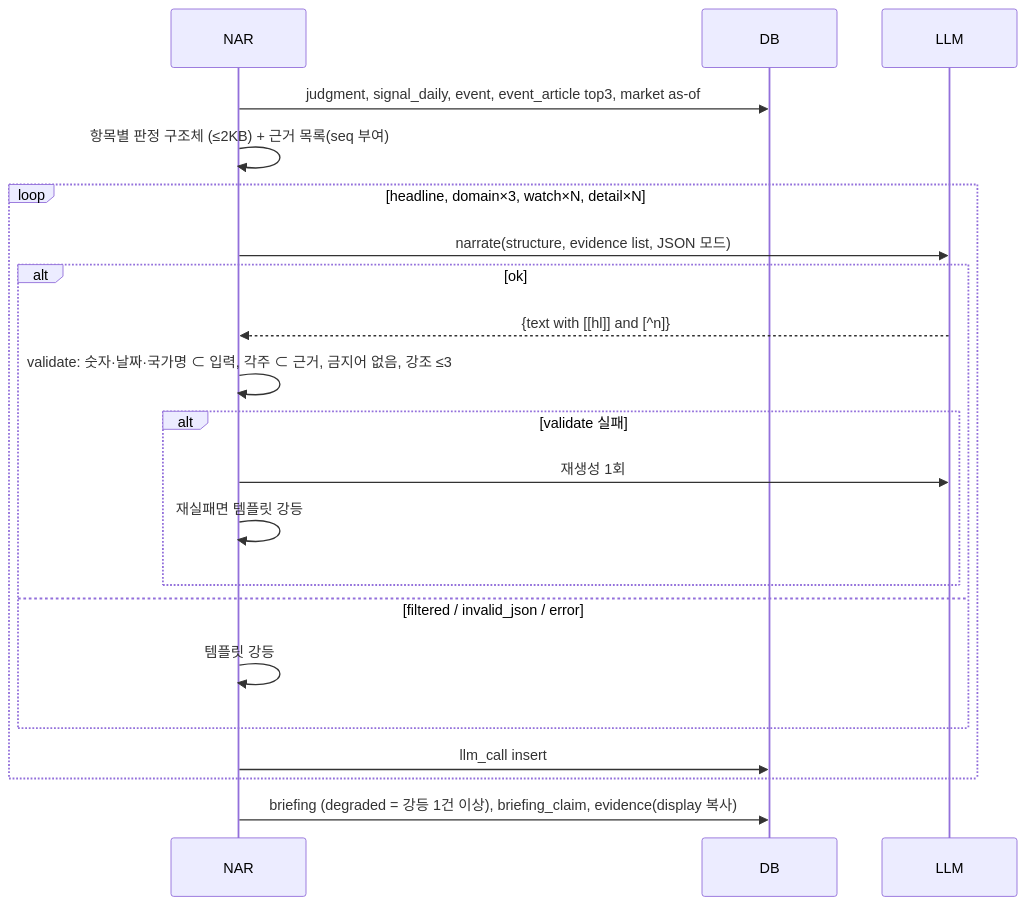
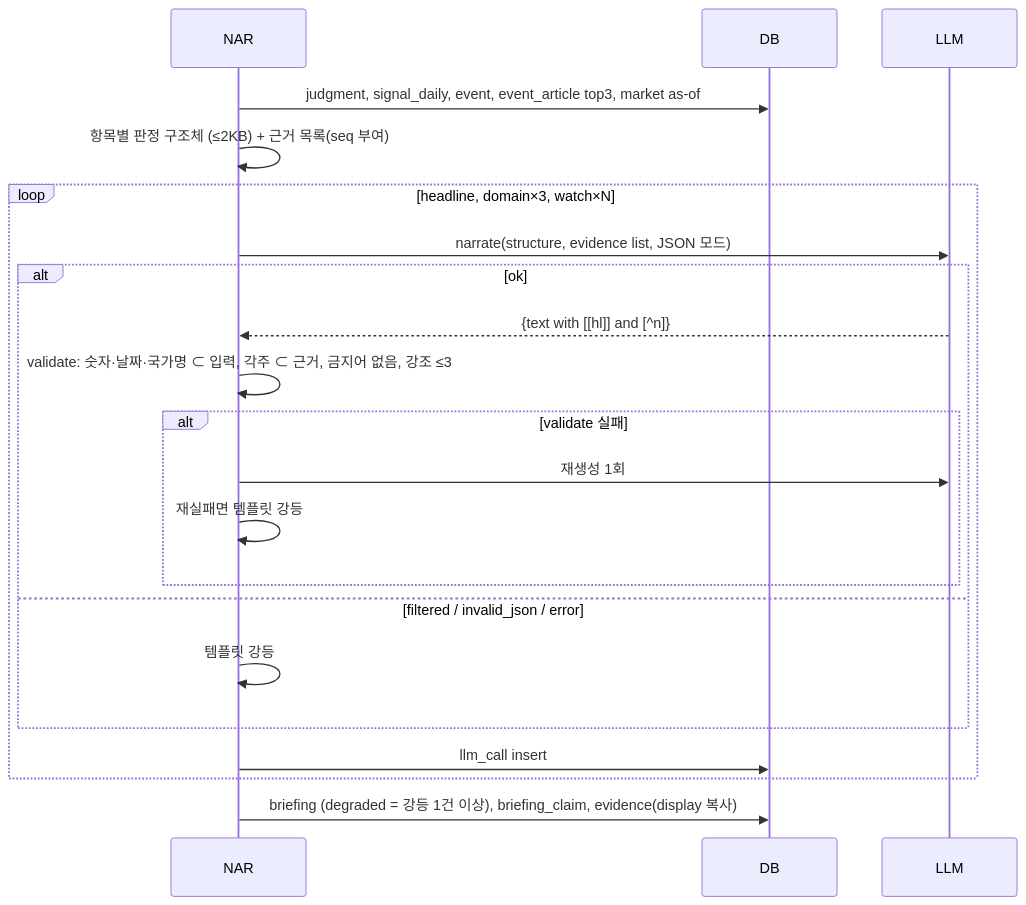
Before and after one commit to HoyoungParkme/tableau_platform: the fifth of 9 diagrams in docs/specs/09-SEQ/TBL-SEQ-001.md, drawn with Mermaid. The commit also changed other lines of this file, not shown here.

````diff
--- a/docs/specs/09-SEQ/TBL-SEQ-001.md
+++ b/docs/specs/09-SEQ/TBL-SEQ-001.md
@@ -195,23 +177,23 @@
 ```mermaid
 sequenceDiagram
   participant NAR
   participant DB
   participant LLM
   NAR->>DB: judgment, signal_daily, event, event_article top3, market as-of
   NAR->>NAR: 항목별 판정 구조체 (≤2KB) + 근거 목록(seq 부여)
-  loop headline, domain×3, watch×N, detail×N
+  loop headline, domain×3, watch×N
     NAR->>LLM: narrate(structure, evidence list, JSON 모드)
     alt ok
       LLM-->>NAR: {text with [[hl]] and [^n]}
       NAR->>NAR: validate: 숫자·날짜·국가명 ⊂ 입력, 각주 ⊂ 근거, 금지어 없음, 강조 ≤3
       alt validate 실패
         NAR->>LLM: 재생성 1회
         NAR->>NAR: 재실패면 템플릿 강등
       end
     else filtered / invalid_json / error
       NAR->>NAR: 템플릿 강등
     end
     NAR->>DB: llm_call insert
   end
   NAR->>DB: briefing (degraded = 강등 1건 이상), briefing_claim, evidence(display 복사)
 ```
````
